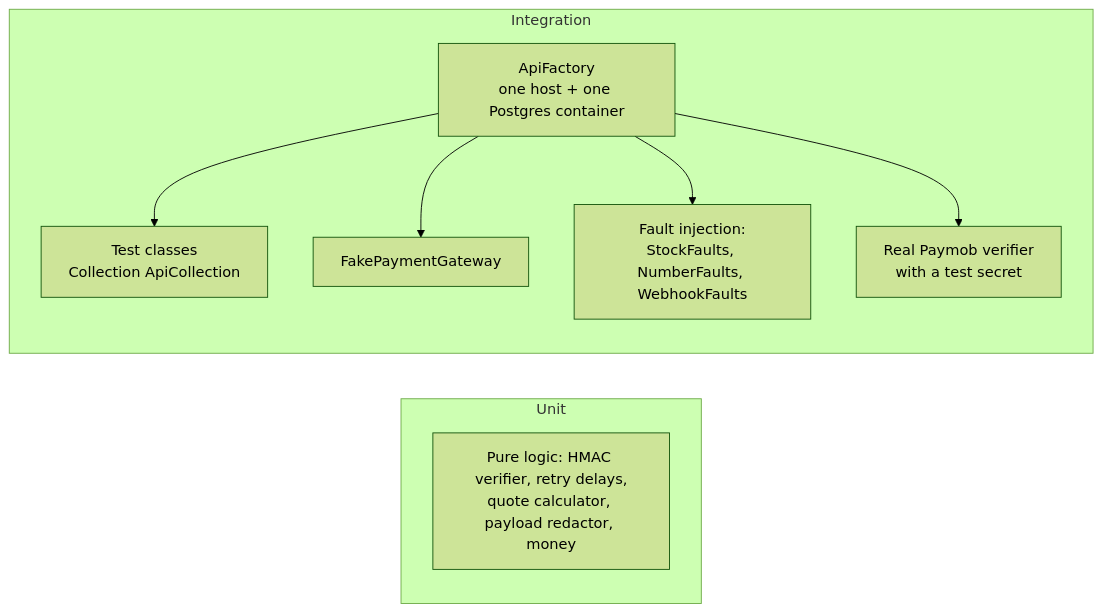
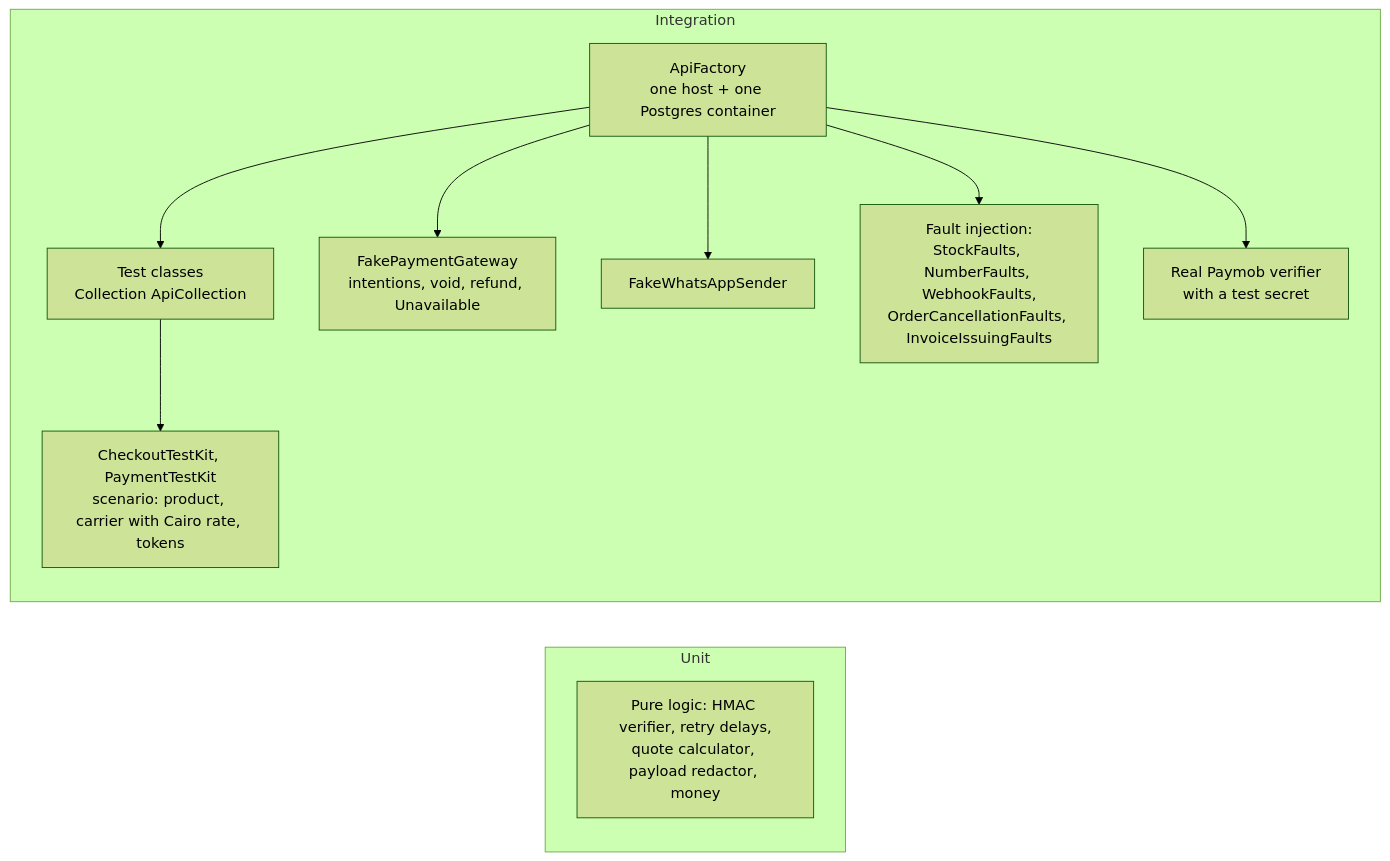
Diagram 11 of 11 in README.md (elsayedmohy/Erp.Api), drawn with Mermaid (forest theme) before and after one commit. The commit also changed other lines of this file, not shown here.

````diff
--- a/README.md
+++ b/README.md
@@ -656,12 +836,14 @@
 ```mermaid
 flowchart LR
     subgraph Unit
       U1[Pure logic: HMAC verifier, retry delays,<br/>quote calculator, payload redactor, money]
     end
     subgraph Integration
       F[ApiFactory<br/>one host + one Postgres container] --> T[Test classes<br/>Collection ApiCollection]
-      F --> FK1[FakePaymentGateway]
-      F --> FK2[Fault injection:<br/>StockFaults, NumberFaults, WebhookFaults]
+      F --> FK1[FakePaymentGateway<br/>intentions, void, refund, Unavailable]
+      F --> FK4[FakeWhatsAppSender]
+      F --> FK2[Fault injection:<br/>StockFaults, NumberFaults, WebhookFaults,<br/>OrderCancellationFaults, InvoiceIssuingFaults]
       F --> FK3[Real Paymob verifier<br/>with a test secret]
+      T --> K[CheckoutTestKit, PaymentTestKit<br/>scenario: product, carrier with Cairo rate, tokens]
     end
 ```
````
